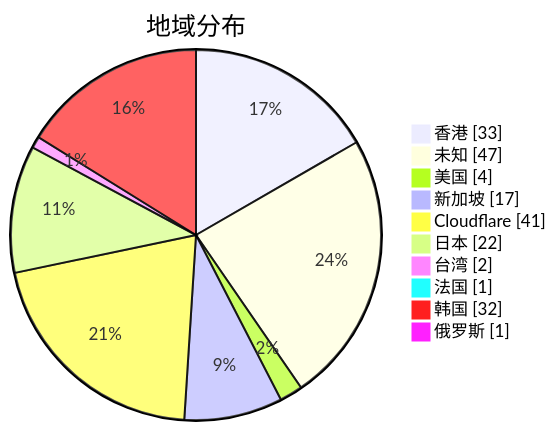
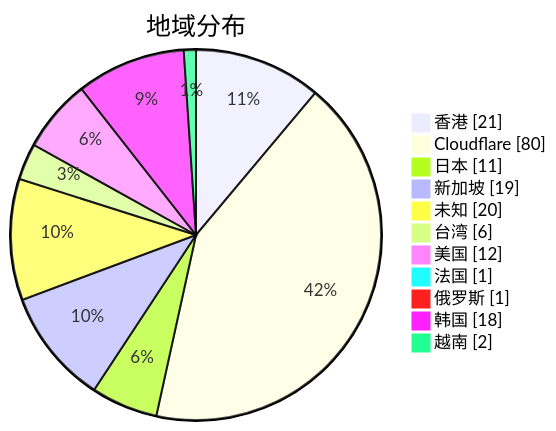
One commit to qjlxg/airport changed the second of 3 diagrams in subs/statistics/tested_within.md. Above: the diagram before and after it, drawn with Mermaid. The commit also changed other lines of this file and 2 other files, not shown here.

````diff
--- a/subs/statistics/tested_within.md
+++ b/subs/statistics/tested_within.md
@@ -12,14 +13,15 @@
 ```mermaid
 pie showData
 title 地域分布
-"香港" : 33
-"未知" : 47
-"美国" : 4
-"新加坡" : 17
-"Cloudflare" : 41
-"日本" : 22
-"台湾" : 2
+"香港" : 21
+"Cloudflare" : 80
+"日本" : 11
+"新加坡" : 19
+"未知" : 20
+"台湾" : 6
+"美国" : 12
 "法国" : 1
-"韩国" : 32
 "俄罗斯" : 1
+"韩国" : 18
+"越南" : 2
 ```
````
